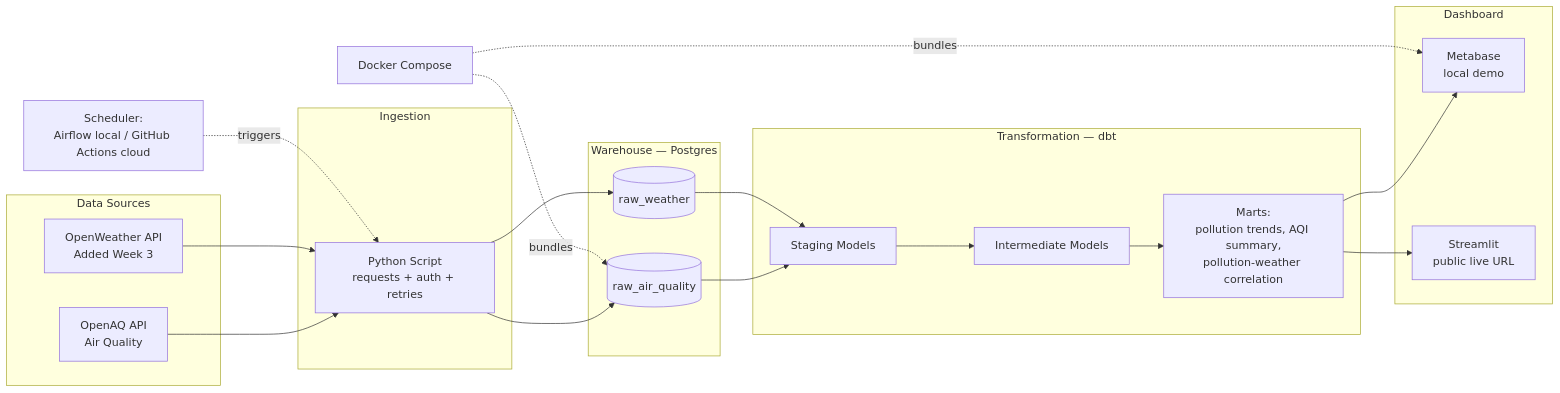
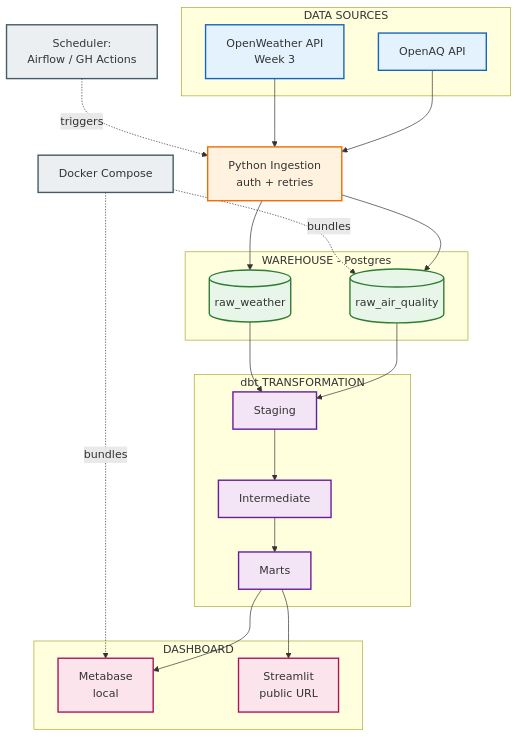
Before and after one commit to Abhijeet-max01/airwatch: the diagram in design_doc.md, drawn with Mermaid.

Commit message:
Improve architecture diagram with color-coded layers

````diff
--- a/design_doc.md
+++ b/design_doc.md
@@ -29,42 +29,55 @@
 ```mermaid
-flowchart LR
-    subgraph Sources["Data Sources"]
-        A1[OpenAQ API<br/>Air Quality]
-        A2[OpenWeather API<br/>Added Week 3]
+flowchart TD
+    subgraph S1[" DATA SOURCES "]
+        A1[OpenAQ API]
+        A2[OpenWeather API<br/>Week 3]
     end
 
-    subgraph Ingest["Ingestion"]
-        B1[Python Script<br/>requests + auth + retries]
-    end
+    B1[Python Ingestion<br/>auth + retries]
 
-    subgraph Warehouse["Warehouse — Postgres"]
+    subgraph S2[" WAREHOUSE - Postgres "]
         C1[(raw_air_quality)]
         C2[(raw_weather)]
     end
 
-    subgraph Transform["Transformation — dbt"]
-        D1[Staging Models]
-        D2[Intermediate Models]
-        D3[Marts:<br/>pollution trends, AQI summary,<br/>pollution-weather correlation]
+    subgraph S3[" dbt TRANSFORMATION "]
+        D1[Staging]
+        D2[Intermediate]
+        D3[Marts]
     end
 
-    subgraph Serve["Dashboard"]
-        E1[Metabase<br/>local demo]
-        E2[Streamlit<br/>public live URL]
+    subgraph S4[" DASHBOARD "]
+        E1[Metabase<br/>local]
+        E2[Streamlit<br/>public URL]
     end
+
+    F[Scheduler:<br/>Airflow / GH Actions]
+    G[Docker Compose]
 
     A1 --> B1
     A2 --> B1
     B1 --> C1
     B1 --> C2
     C1 --> D1
     C2 --> D1
-    D1 --> D2
-    D2 --> D3
+    D1 --> D2 --> D3
     D3 --> E1
     D3 --> E2
+    F -.triggers.-> B1
+    G -.bundles.-> C1
+    G -.bundles.-> E1
 
-    F[Scheduler:<br/>Airflow local / GitHub Actions cloud] -.triggers.-> B1
-    G[Docker Compose] -.bundles.-> C1
-    G -.bundles.-> E1
+    classDef src fill:#e3f2fd,stroke:#1565c0,stroke-width:2px
+    classDef ing fill:#fff3e0,stroke:#ef6c00,stroke-width:2px
+    classDef wh fill:#e8f5e9,stroke:#2e7d32,stroke-width:2px
+    classDef tr fill:#f3e5f5,stroke:#6a1b9a,stroke-width:2px
+    classDef dash fill:#fce4ec,stroke:#ad1457,stroke-width:2px
+    classDef ops fill:#eceff1,stroke:#455a64,stroke-width:2px
+
+    class A1,A2 src
+    class B1 ing
+    class C1,C2 wh
+    class D1,D2,D3 tr
+    class E1,E2 dash
+    class F,G ops
 ```
````
